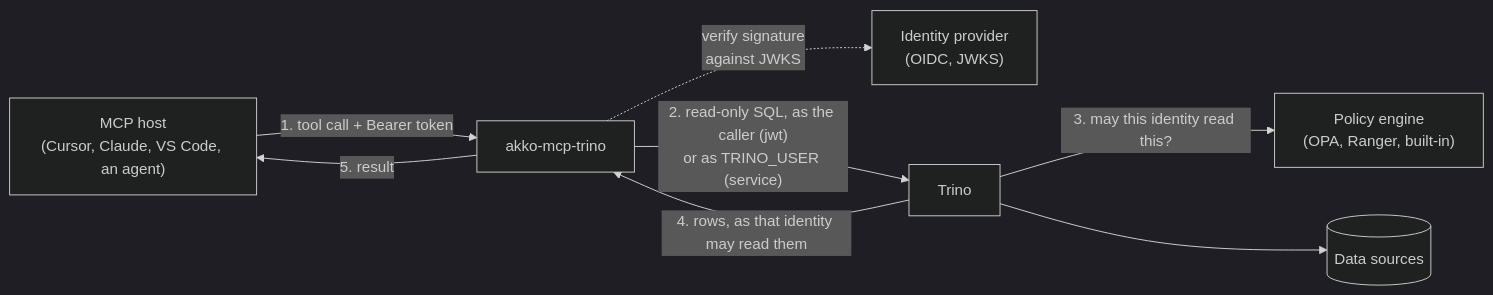
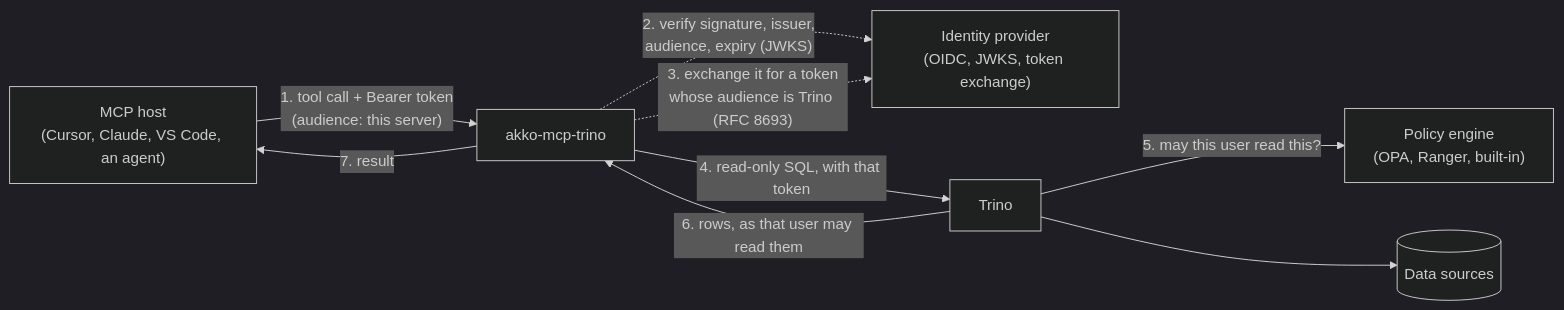
The first of 2 diagrams in README.md (AKKO-p/akko-mcp-trino), drawn with Mermaid (dark theme) before and after one commit. The commit also changed other lines of this file and 10 other files, not shown here.

First line of the commit message:
docs: 0.6.0, what read-only covers, migration guide

````diff
--- a/README.md
+++ b/README.md
@@ -81,17 +87,18 @@
 ```mermaid
 flowchart LR
     Host["MCP host<br/>(Cursor, Claude, VS Code, an agent)"]
-    IdP["Identity provider<br/>(OIDC, JWKS)"]
+    IdP["Identity provider<br/>(OIDC, JWKS, token exchange)"]
     Server["akko-mcp-trino"]
     Trino["Trino"]
     Policy["Policy engine<br/>(OPA, Ranger, built-in)"]
     Data[("Data sources")]
 
-    Host -- "1. tool call + Bearer token" --> Server
-    Server -. "verify signature<br/>against JWKS" .-> IdP
-    Server -- "2. read-only SQL, as the caller (jwt)<br/>or as TRINO_USER (service)" --> Trino
-    Trino -- "3. may this identity read this?" --> Policy
-    Trino -- "4. rows, as that identity may read them" --> Server
-    Server -- "5. result" --> Host
+    Host -- "1. tool call + Bearer token<br/>(audience: this server)" --> Server
+    Server -. "2. verify signature, issuer,<br/>audience, expiry (JWKS)" .-> IdP
+    Server -. "3. exchange it for a token<br/>whose audience is Trino (RFC 8693)" .-> IdP
+    Server -- "4. read-only SQL, with that token" --> Trino
+    Trino -- "5. may this user read this?" --> Policy
+    Trino -- "6. rows, as that user may read them" --> Server
+    Server -- "7. result" --> Host
     Trino --> Data
 ```
````
